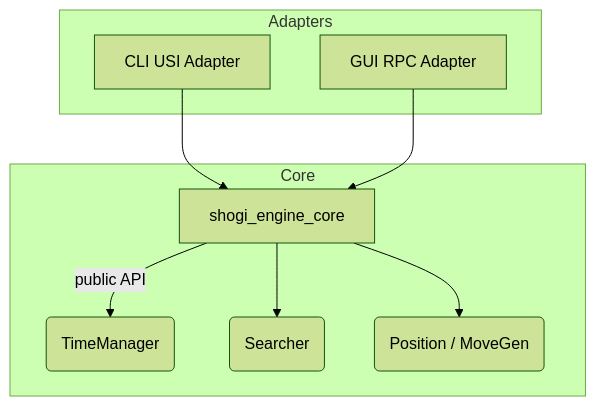
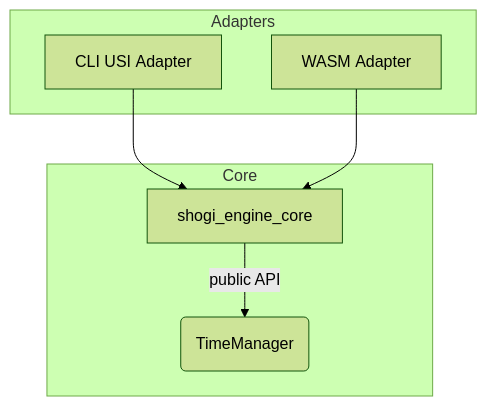
One commit to SH11235/rshogi changed the diagram in docs/reference/interfaces/engine_interface_requirements_ja.md. Above: the diagram before and after it, drawn with Mermaid (forest theme). The commit also changed other lines of this file and 5 other files, not shown here.

````diff
--- a/docs/reference/interfaces/engine_interface_requirements_ja.md
+++ b/docs/reference/interfaces/engine_interface_requirements_ja.md
@@ -17,12 +18,11 @@
 ```mermaid
 graph TD
-    subgraph Core
-        A[shogi_engine_core] --> |public API| B(TimeManager)
-        A --> C(Searcher)
-        A --> D(Position / MoveGen)
-    end
-    subgraph Adapters
-        E[CLI USI Adapter] --> A
-        F[GUI RPC Adapter] --> A
-    end
+  subgraph Core
+    A[shogi_engine_core]
+    A -->|public API| B(TimeManager)
+  end
+  subgraph Adapters
+    C[CLI USI Adapter] --> A
+    D[WASM Adapter] --> A
+  end
 ```
````
